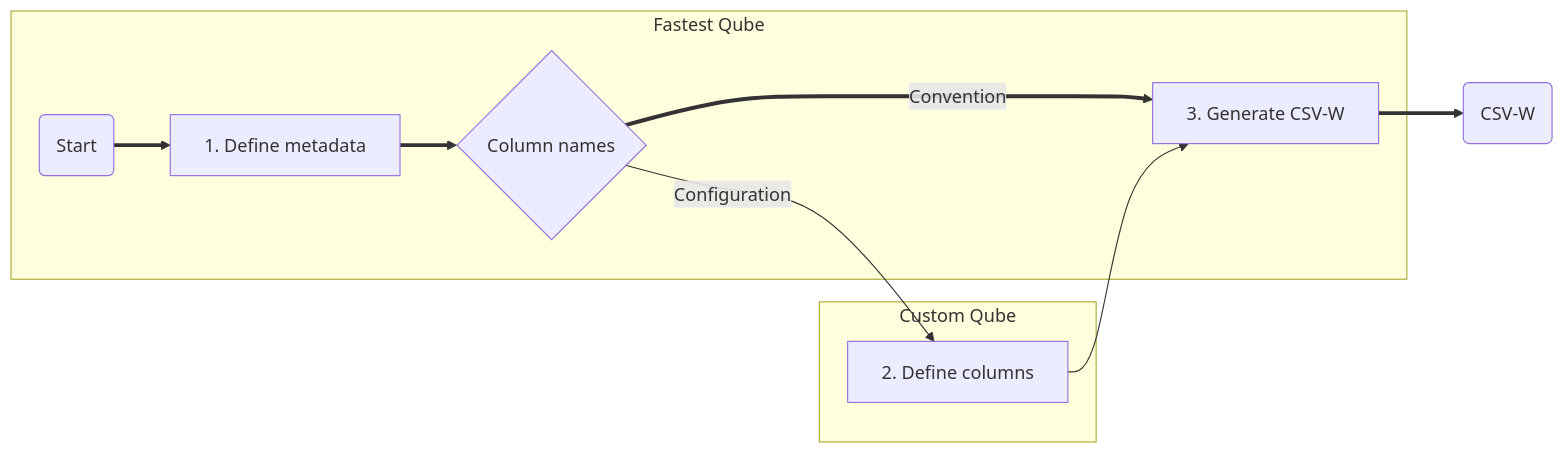
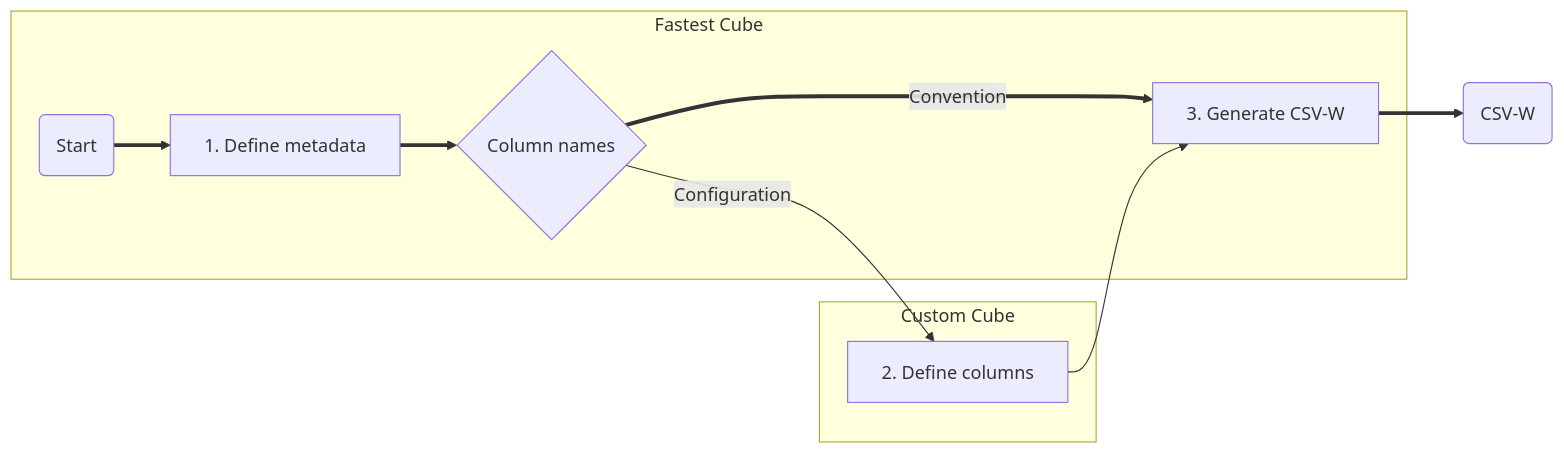
One commit to ONSdigital/csvcubed changed the diagram in external-docs/docs/guides/qube-config.md. Above: the diagram before and after it, drawn with Mermaid. The commit also changed other lines of this file and 8 other files, not shown here.

````diff
--- a/external-docs/docs/guides/qube-config.md
+++ b/external-docs/docs/guides/qube-config.md
@@ -17,13 +17,13 @@
 ```mermaid
 graph LR
-	subgraph "Fastest Qube"
+	subgraph "Fastest Cube"
 		A(Start) ==> B[1. Define metadata];
 		B ==> C{"Column names"};
 		C == Convention ==> D
 	end
-	subgraph "Custom Qube"
+	subgraph "Custom Cube"
 		C -- Configuration --> 1["2. Define columns"] --> D;
 	end
 	
 	D["3. Generate CSV-W"] ==> F(CSV-W);
 ```
````
